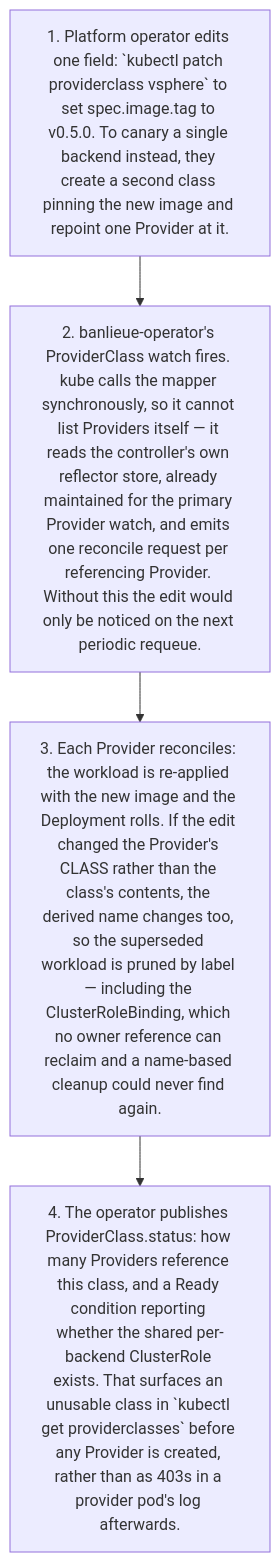
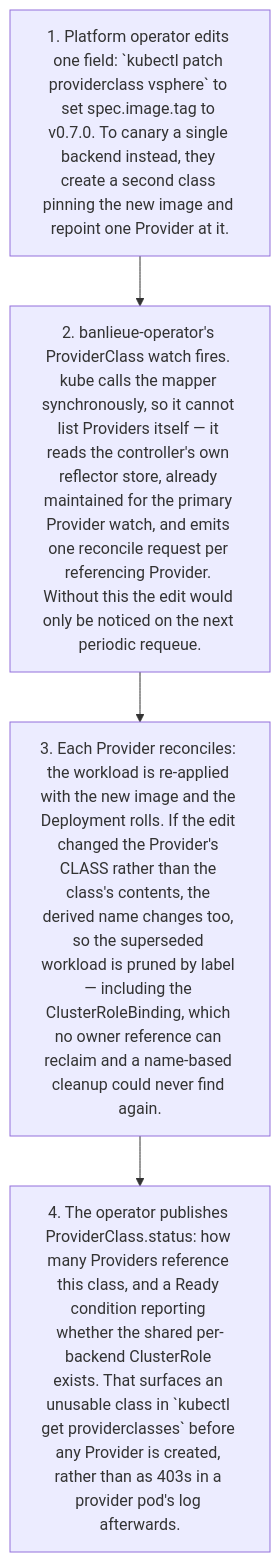
The ninth of 21 diagrams in docs/src/architecture/flows.md (firestoned/banlieue), drawn with Mermaid before and after one commit. The commit also changed 20 other files, not shown here.

````diff
--- a/docs/src/architecture/flows.md
+++ b/docs/src/architecture/flows.md
@@ -174,8 +174,8 @@
 ```mermaid
 flowchart TD
-    t1["1. Platform operator edits one field: `kubectl patch providerclass vsphere` to set spec.image.tag to v0.5.0. To canary a single backend instead, they create a second class pinning the new image and repoint one Provider at it."]
+    t1["1. Platform operator edits one field: `kubectl patch providerclass vsphere` to set spec.image.tag to v0.7.0. To canary a single backend instead, they create a second class pinning the new image and repoint one Provider at it."]
     t2["2. banlieue-operator's ProviderClass watch fires. kube calls the mapper synchronously, so it cannot list Providers itself — it reads the controller's own reflector store, already maintained for the primary Provider watch, and emits one reconcile request per referencing Provider. Without this the edit would only be noticed on the next periodic requeue."]
     t3["3. Each Provider reconciles: the workload is re-applied with the new image and the Deployment rolls. If the edit changed the Provider's CLASS rather than the class's contents, the derived name changes too, so the superseded workload is pruned by label — including the ClusterRoleBinding, which no owner reference can reclaim and a name-based cleanup could never find again."]
     t4["4. The operator publishes ProviderClass.status: how many Providers reference this class, and a Ready condition reporting whether the shared per-backend ClusterRole exists. That surfaces an unusable class in `kubectl get providerclasses` before any Provider is created, rather than as 403s in a provider pod's log afterwards."]
     t1 --> t2 --> t3 --> t4
 ```
````
